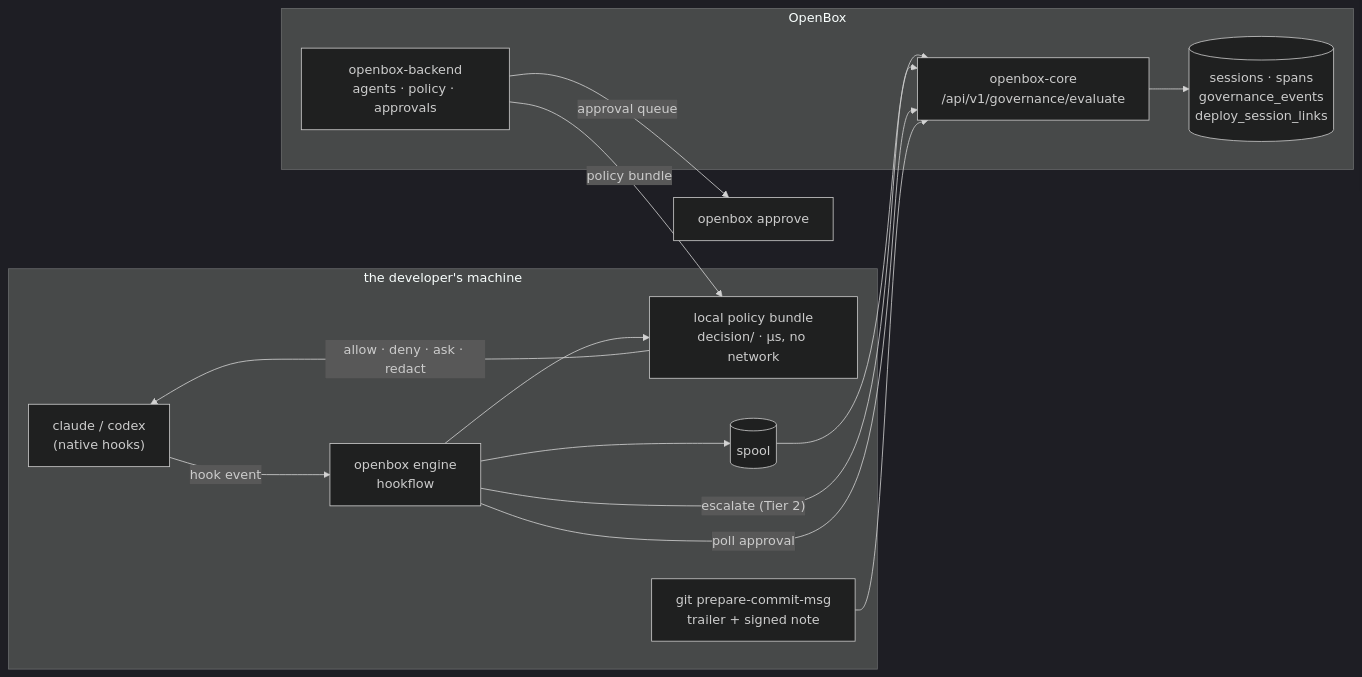
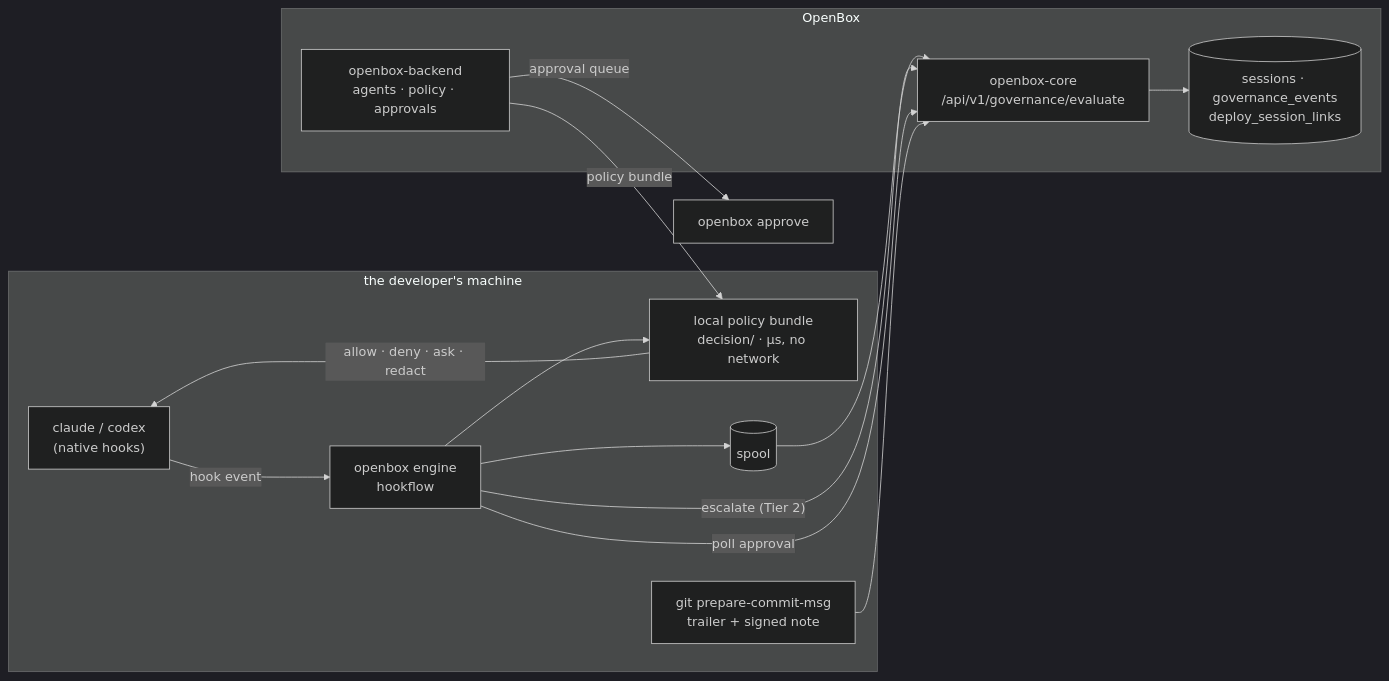
Before and after one commit to OpenBox-AI/openbox-shift-left: the diagram in docs/architecture.md, drawn with Mermaid (dark theme). The commit also changed other lines of this file and 12 other files, not shown here.

````diff
--- a/docs/architecture.md
+++ b/docs/architecture.md
@@ -8,24 +8,24 @@
 ```mermaid
 flowchart LR
   subgraph TOOL["the developer's machine"]
     CC["claude / codex<br/>(native hooks)"]
     ENG["openbox engine<br/>hookflow"]
     DEC["local policy bundle<br/>decision/ · µs, no network"]
     SPOOL[("spool")]
     GIT["git prepare-commit-msg<br/>trailer + signed note"]
   end
   subgraph OPENBOX["OpenBox"]
     CORE["openbox-core<br/>/api/v1/governance/evaluate"]
     BE["openbox-backend<br/>agents · policy · approvals"]
-    DB[("sessions · spans<br/>governance_events<br/>deploy_session_links")]
+    DB[("sessions · governance_events<br/>deploy_session_links")]
   end
   CC -- "hook event" --> ENG
   ENG --> DEC
   DEC -- "allow · deny · ask · redact" --> CC
   ENG --> SPOOL --> CORE --> DB
   ENG -- "escalate (Tier 2)" --> CORE
   ENG -- "poll approval" --> CORE
   GIT --> CORE
   BE -- "policy bundle" --> DEC
   BE -- "approval queue" --> CLI["openbox approve"]
 ```
````
